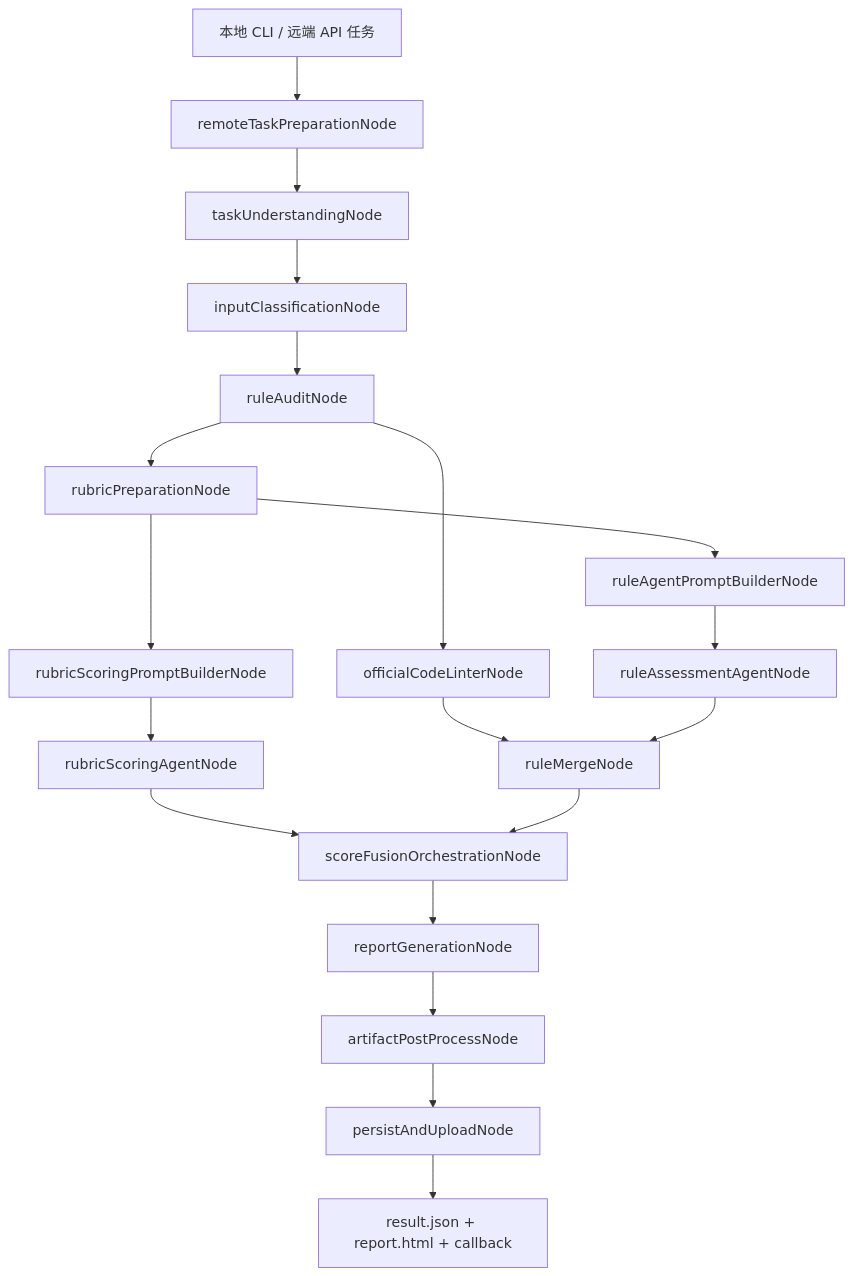
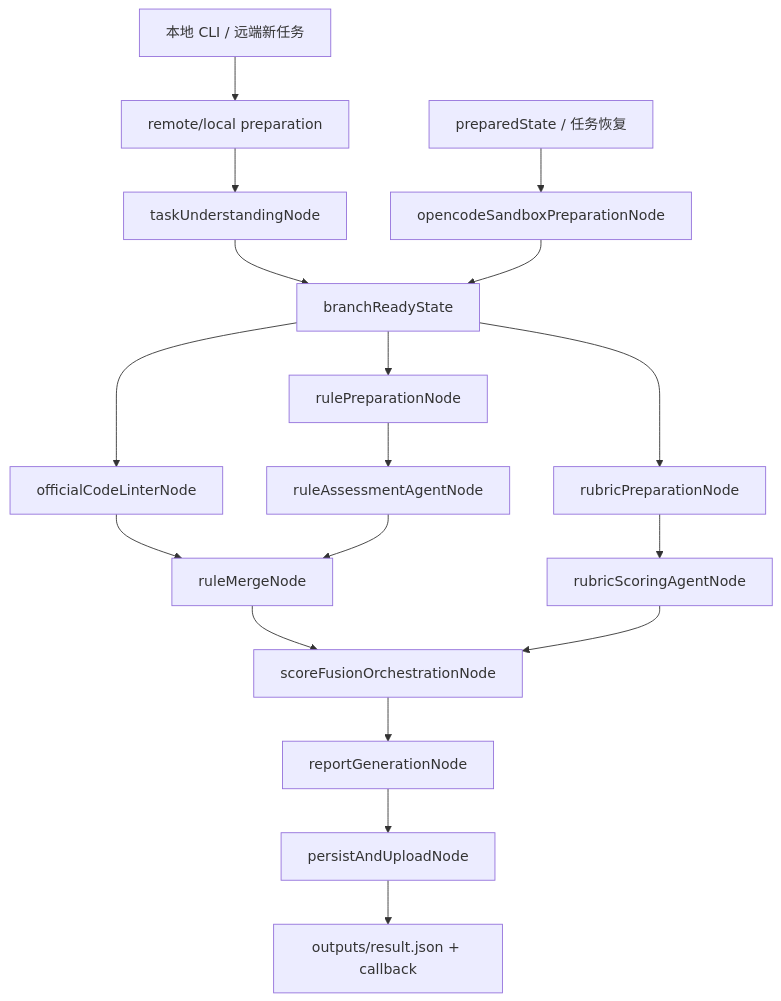
The first of 2 diagrams in docs/ARCHITECTURE.md (yaoooge/hmos-score-agent), drawn with Mermaid before and after one commit. The commit also changed other lines of this file and 59 other files, not shown here.

````diff
--- a/docs/ARCHITECTURE.md
+++ b/docs/ARCHITECTURE.md
@@ -9,21 +9,27 @@
 ```mermaid
 flowchart TD
-  A[本地 CLI / 远端 API 任务] --> B[remoteTaskPreparationNode]
+  A[本地 CLI / 远端新任务] --> B[remote/local preparation]
   B --> C[taskUnderstandingNode]
-  C --> D[inputClassificationNode]
-  D --> E[ruleAuditNode]
-  E --> F[officialCodeLinterNode]
-  E --> G[rubricPreparationNode]
-  G --> H[rubricScoringPromptBuilderNode]
-  G --> I[ruleAgentPromptBuilderNode]
-  H --> J[rubricScoringAgentNode]
-  I --> K[ruleAssessmentAgentNode]
-  F --> L[ruleMergeNode]
-  K --> L
-  J --> M[scoreFusionOrchestrationNode]
-  L --> M[scoreFusionOrchestrationNode]
-  M --> N[reportGenerationNode]
-  N --> O[artifactPostProcessNode]
-  O --> P[persistAndUploadNode]
-  P --> Q[result.json + report.html + callback]
+
+  P[preparedState / 任务恢复] --> Q[opencodeSandboxPreparationNode]
+
+  C --> R[branchReadyState]
+  Q --> R
+
+  R --> L[officialCodeLinterNode]
+  R --> M[rulePreparationNode]
+  R --> N[rubricPreparationNode]
+
+  M --> O[ruleAssessmentAgentNode]
+  N --> S[rubricScoringAgentNode]
+
+  L --> T[ruleMergeNode]
+  O --> T
+
+  T --> U[scoreFusionOrchestrationNode]
+  S --> U
+
+  U --> V[reportGenerationNode]
+  V --> W[persistAndUploadNode]
+  W --> X[outputs/result.json + callback]
 ```
````
